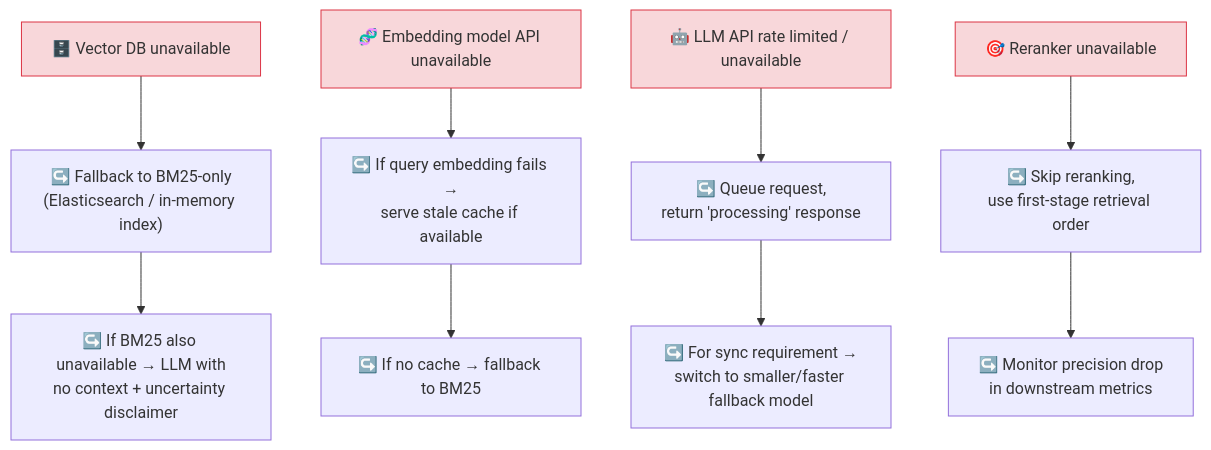
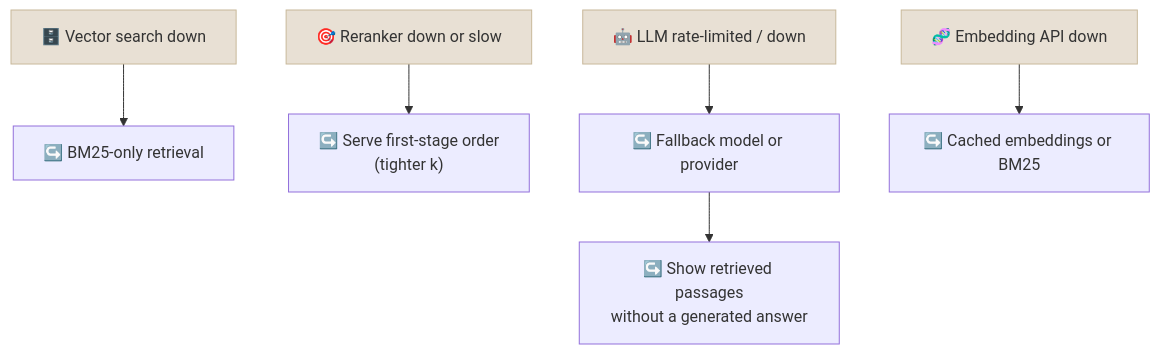
The second of 2 diagrams in src/content/11-RAG/Notes/10-RAG-System-Design.mdx (sundante/sun-course-genai), drawn with Mermaid before and after one commit. The commit also changed other lines of this file and 24 other files, not shown here.

````diff
--- a/src/content/11-RAG/Notes/10-RAG-System-Design.mdx
+++ b/src/content/11-RAG/Notes/10-RAG-System-Design.mdx
@@ -342,19 +130,13 @@
 ```mermaid
 flowchart TD
-    A["🗄️ Vector DB unavailable"] --> A1["↪️ Fallback to BM25-only<br/>(Elasticsearch / in-memory index)"]
-    A1 --> A2["↪️ If BM25 also unavailable → LLM with<br/>no context + uncertainty disclaimer"]
+    VF["🗄️ Vector search down"] --> VF1["↪️ BM25-only retrieval"]
+    RF["🎯 Reranker down or slow"] --> RF1["↪️ Serve first-stage order<br/>(tighter k)"]
+    LF["🤖 LLM rate-limited / down"] --> LF1["↪️ Fallback model or provider"]
+    LF1 --> LF2["↪️ Show retrieved passages<br/>without a generated answer"]
+    EF["🧬 Embedding API down"] --> EF1["↪️ Cached embeddings or BM25"]
 
-    B["🧬 Embedding model API unavailable"] --> B1["↪️ If query embedding fails →<br/>serve stale cache if available"]
-    B1 --> B2["↪️ If no cache → fallback to BM25"]
-
-    C["🤖 LLM API rate limited / unavailable"] --> C1["↪️ Queue request,<br/>return 'processing' response"]
-    C1 --> C2["↪️ For sync requirement →<br/>switch to smaller/faster fallback model"]
-
-    D["🎯 Reranker unavailable"] --> D1["↪️ Skip reranking,<br/>use first-stage retrieval order"]
-    D1 --> D2["↪️ Monitor precision drop<br/>in downstream metrics"]
-
-    style A fill:#f8d7da,stroke:#dc3545
-    style B fill:#f8d7da,stroke:#dc3545
-    style C fill:#f8d7da,stroke:#dc3545
-    style D fill:#f8d7da,stroke:#dc3545
+    style VF fill:#e8e0d4,stroke:#c8b89a
+    style RF fill:#e8e0d4,stroke:#c8b89a
+    style LF fill:#e8e0d4,stroke:#c8b89a
+    style EF fill:#e8e0d4,stroke:#c8b89a
 ```
````
